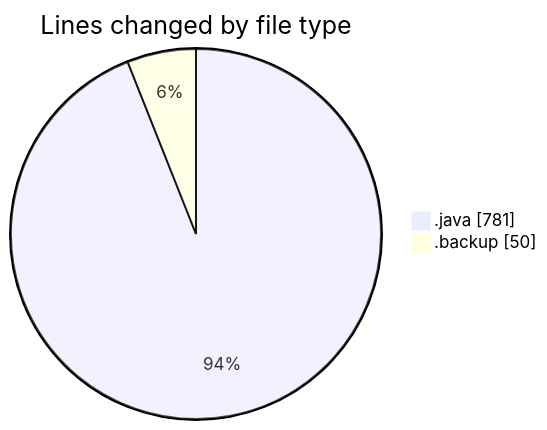
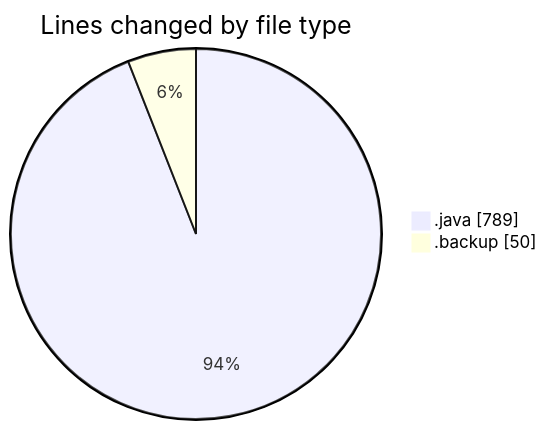
The first of 2 diagrams in 2026-02-26/cilapp/README.md (ricardozamudiocil/code-tracking), drawn with Mermaid before and after one commit. The commit also changed other lines of this file and 1 other file, not shown here.

````diff
--- a/2026-02-26/cilapp/README.md
+++ b/2026-02-26/cilapp/README.md
@@ -24,6 +24,6 @@
 ```mermaid
 pie showData
 title Lines changed by file type
-".java" : 781
+".java" : 789
 ".backup" : 50
 ```
````
